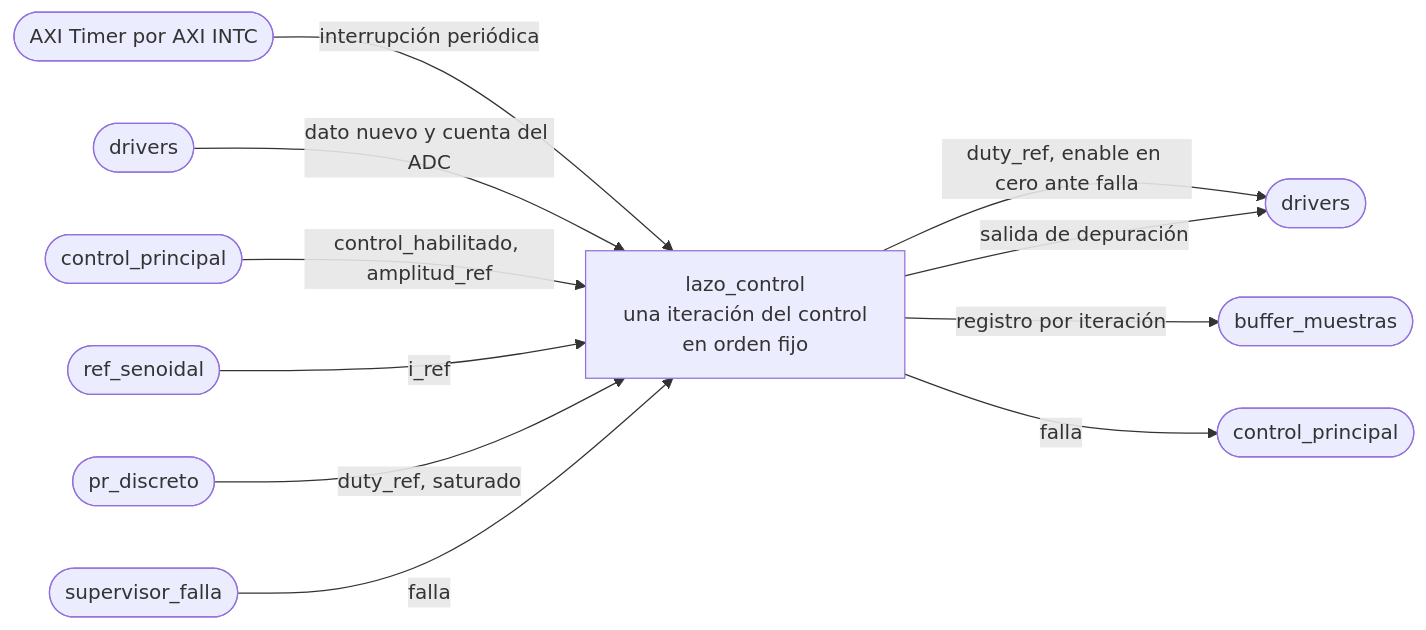
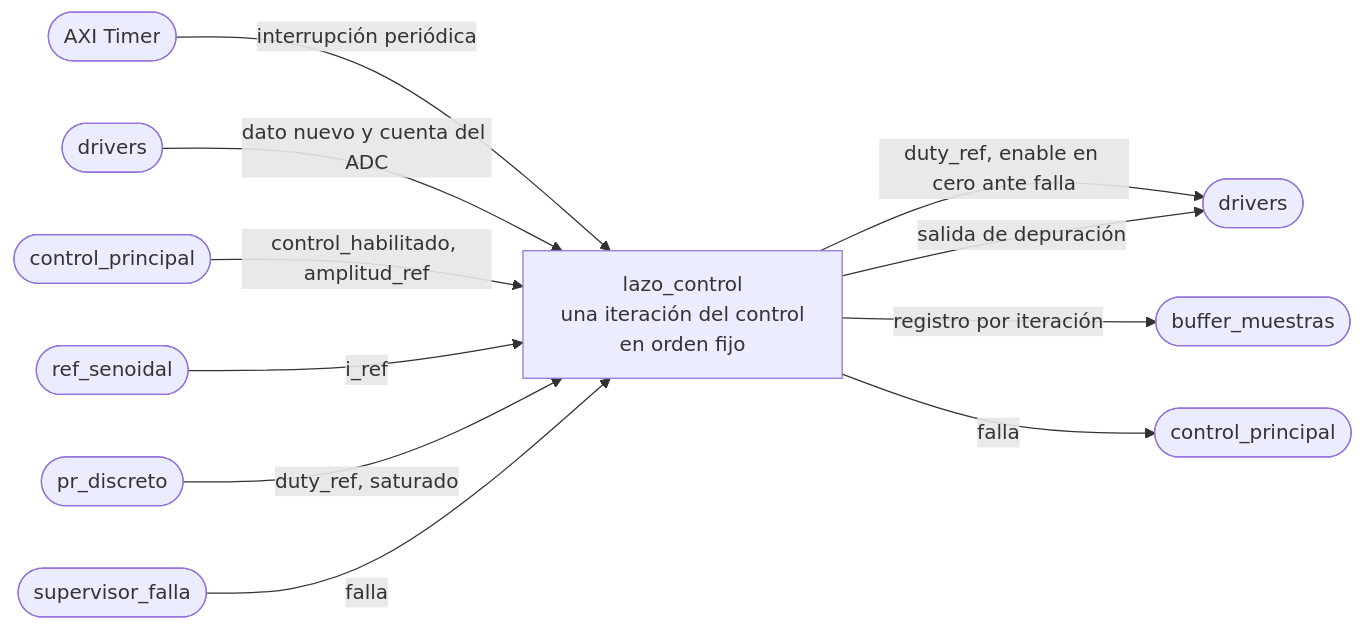
The diagram in docs/diseño/modulos/lazo_control.md (Taller-de-diseno-digital-GR01/Proyecto-4-Regulador-PR), drawn with Mermaid before and after one commit. The commit also changed other lines of this file and 1 other file, not shown here.

Commit message:
drivers y lazo_control con la interrupción del Timer directa al procesador, sin INTC

````diff
--- a/docs/diseño/modulos/lazo_control.md
+++ b/docs/diseño/modulos/lazo_control.md
@@ -9,13 +9,13 @@
 ```mermaid
 flowchart LR
-    TMR(["AXI Timer por AXI INTC"]) -->|"interrupción periódica"| LC["lazo_control<br/>una iteración del control<br/>en orden fijo"]
+    TMR(["AXI Timer"]) -->|"interrupción periódica"| LC["lazo_control<br/>una iteración del control<br/>en orden fijo"]
     DRV_IN(["drivers"]) -->|"dato nuevo y cuenta del ADC"| LC
     CP_IN(["control_principal"]) -->|"control_habilitado, amplitud_ref"| LC
     REF(["ref_senoidal"]) -->|"i_ref"| LC
     PR(["pr_discreto"]) -->|"duty_ref, saturado"| LC
     SF(["supervisor_falla"]) -->|"falla"| LC
     LC -->|"duty_ref, enable en cero ante falla"| DRV_OUT(["drivers"])
     LC -->|"registro por iteración"| BUF(["buffer_muestras"])
     LC -->|"falla"| CP_OUT(["control_principal"])
     LC -->|"salida de depuración"| DRV_OUT
 ```
````
